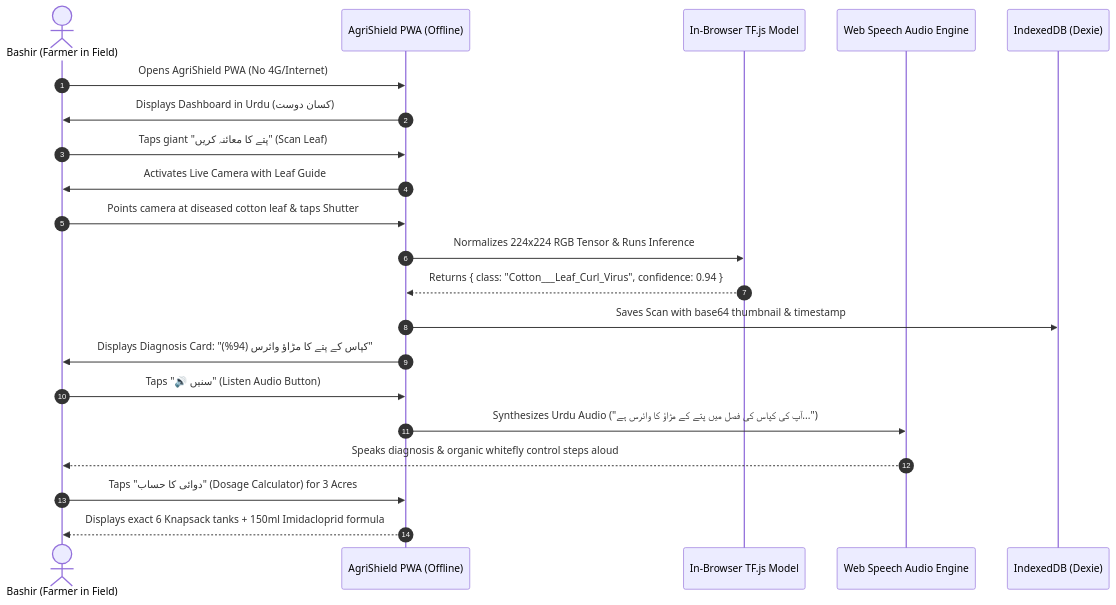
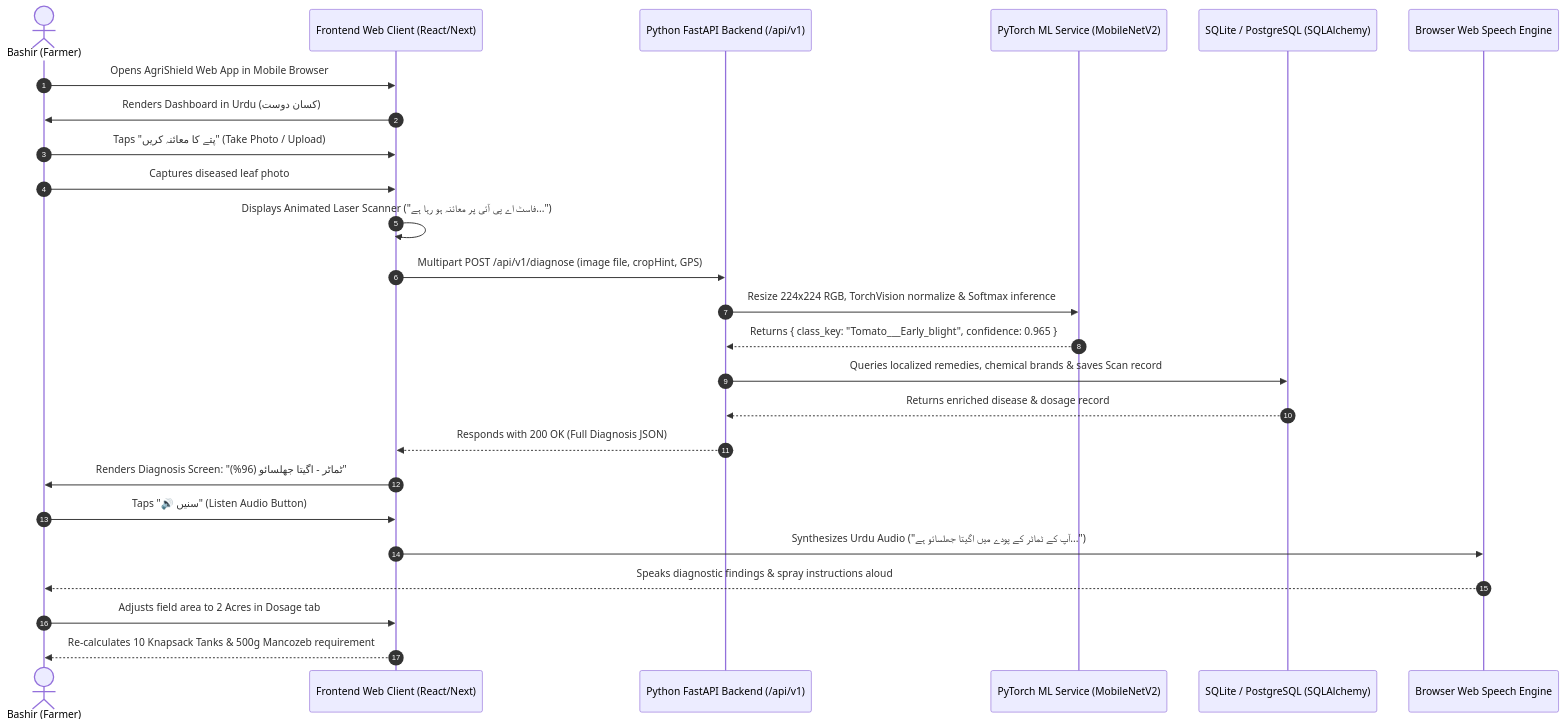
One commit to saad-mehsud/AgriShield changed the first of 2 diagrams in Docs/4_App_Flow.md. Above: the diagram before and after it, drawn with Mermaid. The commit also changed other lines of this file and 9 other files, not shown here.

Commit message:
Refactor documentation for AgriShield project: Update Vibecoding rules, API contracts, and README to reflect Python FastAPI architecture; enhance clarity on backend specifications, response models, and frontend integration; streamline feature highlights and tech stack details.

````diff
--- a/Docs/4_App_Flow.md
+++ b/Docs/4_App_Flow.md
@@ -40,24 +45,28 @@
 ```mermaid
 sequenceDiagram
     autonumber
-    actor Farmer as Bashir (Farmer in Field)
-    participant UI as AgriShield PWA (Offline)
-    participant EdgeML as In-Browser TF.js Model
-    participant TTS as Web Speech Audio Engine
-    participant DB as IndexedDB (Dexie)
+    actor Farmer as Bashir (Farmer)
+    participant WebUI as Frontend Web Client (React/Next)
+    participant FastAPI as Python FastAPI Backend (/api/v1)
+    participant PyTorch as PyTorch ML Service (MobileNetV2)
+    participant DB as SQLite / PostgreSQL (SQLAlchemy)
+    participant TTS as Browser Web Speech Engine
 
-    Farmer->>UI: Opens AgriShield PWA (No 4G/Internet)
-    UI->>Farmer: Displays Dashboard in Urdu (کسان دوست)
-    Farmer->>UI: Taps giant "پتے کا معائنہ کریں" (Scan Leaf)
-    UI->>Farmer: Activates Live Camera with Leaf Guide
-    Farmer->>UI: Points camera at diseased cotton leaf & taps Shutter
-    UI->>EdgeML: Normalizes 224x224 RGB Tensor & Runs Inference
-    EdgeML-->>UI: Returns { class: "Cotton___Leaf_Curl_Virus", confidence: 0.94 }
-    UI->>DB: Saves Scan with base64 thumbnail & timestamp
-    UI->>Farmer: Displays Diagnosis Card: "کپاس کے پتے کا مڑاؤ وائرس (94%)"
-    Farmer->>UI: Taps "🔊 سنیں" (Listen Audio Button)
-    UI->>TTS: Synthesizes Urdu Audio ("آپ کی کپاس کی فصل میں پتے کے مڑاؤ کا وائرس ہے...")
-    TTS-->>Farmer: Speaks diagnosis & organic whitefly control steps aloud
-    Farmer->>UI: Taps "دوائی کا حساب" (Dosage Calculator) for 3 Acres
-    UI-->>Farmer: Displays exact 6 Knapsack tanks + 150ml Imidacloprid formula
+    Farmer->>WebUI: Opens AgriShield Web App in Mobile Browser
+    WebUI->>Farmer: Renders Dashboard in Urdu (کسان دوست)
+    Farmer->>WebUI: Taps "پتے کا معائنہ کریں" (Take Photo / Upload)
+    Farmer->>WebUI: Captures diseased leaf photo
+    WebUI->>WebUI: Displays Animated Laser Scanner ("فاسٹ اے پی آئی پر معائنہ ہو رہا ہے...")
+    WebUI->>FastAPI: Multipart POST /api/v1/diagnose (image file, cropHint, GPS)
+    FastAPI->>PyTorch: Resize 224x224 RGB, TorchVision normalize & Softmax inference
+    PyTorch-->>FastAPI: Returns { class_key: "Tomato___Early_blight", confidence: 0.965 }
+    FastAPI->>DB: Queries localized remedies, chemical brands & saves Scan record
+    DB-->>FastAPI: Returns enriched disease & dosage record
+    FastAPI-->>WebUI: Responds with 200 OK (Full Diagnosis JSON)
+    WebUI->>Farmer: Renders Diagnosis Screen: "ٹماٹر - اگیتا جھلسائو (96%)"
+    Farmer->>WebUI: Taps "🔊 سنیں" (Listen Audio Button)
+    WebUI->>TTS: Synthesizes Urdu Audio ("آپ کے ٹماٹر کے پودے میں اگیتا جھلسائو ہے...")
+    TTS-->>Farmer: Speaks diagnostic findings & spray instructions aloud
+    Farmer->>WebUI: Adjusts field area to 2 Acres in Dosage tab
+    WebUI-->>Farmer: Re-calculates 10 Knapsack Tanks & 500g Mancozeb requirement
 ```
````
